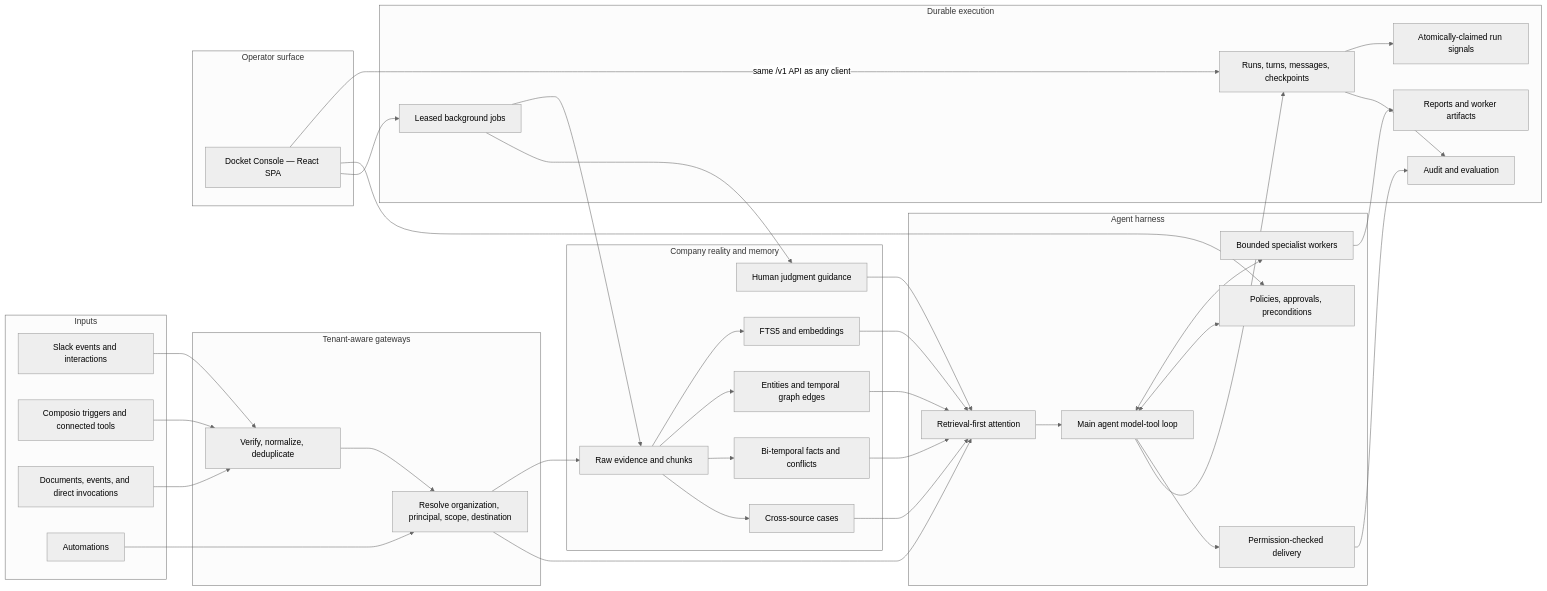
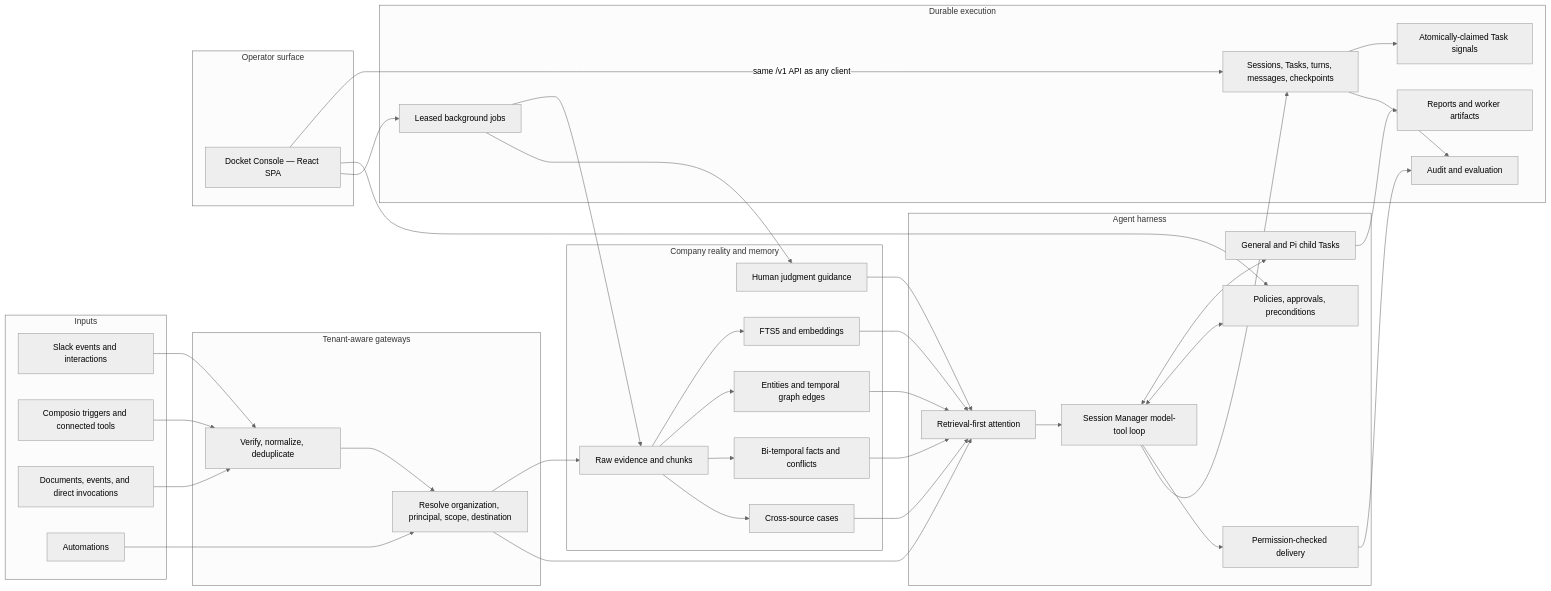
The diagram in README.md (AjayK47/fellow), drawn with Mermaid (neutral theme) before and after one commit. The commit also changed other lines of this file and 139 other files, not shown here.

Commit message:
Complete Session Manager and Task architecture

````diff
--- a/README.md
+++ b/README.md
@@ -20,75 +20,75 @@
 ```mermaid
 flowchart LR
     subgraph Inputs
         Slack["Slack events and interactions"]
         Composio["Composio triggers and connected tools"]
         API["Documents, events, and direct invocations"]
         Schedule["Automations"]
     end
 
     subgraph Gateway["Tenant-aware gateways"]
         Verify["Verify, normalize, deduplicate"]
         Route["Resolve organization, principal, scope, destination"]
     end
 
     subgraph Knowledge["Company reality and memory"]
         Evidence["Raw evidence and chunks"]
         Vectors["FTS5 and embeddings"]
         Graph["Entities and temporal graph edges"]
         Facts["Bi-temporal facts and conflicts"]
         Cases["Cross-source cases"]
         Judgment["Human judgment guidance"]
     end
 
     subgraph Harness["Agent harness"]
         Attention["Retrieval-first attention"]
-        Main["Main agent model-tool loop"]
-        Specialists["Bounded specialist workers"]
+        Main["Session Manager model-tool loop"]
+        ChildTasks["General and Pi child Tasks"]
         Policy["Policies, approvals, preconditions"]
         Delivery["Permission-checked delivery"]
     end
 
     subgraph Durable["Durable execution"]
-        Runs["Runs, turns, messages, checkpoints"]
-        Signals["Atomically-claimed run signals"]
+        Tasks["Sessions, Tasks, turns, messages, checkpoints"]
+        Signals["Atomically-claimed Task signals"]
         Jobs["Leased background jobs"]
         Artifacts["Reports and worker artifacts"]
         Audit["Audit and evaluation"]
     end
 
     subgraph Operate["Operator surface"]
         Console["Docket Console — React SPA"]
     end
 
-    Console -->|same /v1 API as any client| Runs
+    Console -->|same /v1 API as any client| Tasks
     Console --> Policy
     Console --> Jobs
-    Runs --> Signals
+    Tasks --> Signals
 
     Slack --> Verify
     Composio --> Verify
     API --> Verify
     Schedule --> Route
     Verify --> Route
     Route --> Evidence
     Evidence --> Vectors
     Evidence --> Graph
     Evidence --> Facts
     Evidence --> Cases
     Route --> Attention
     Vectors --> Attention
     Graph --> Attention
     Facts --> Attention
     Cases --> Attention
     Judgment --> Attention
     Attention --> Main
-    Main <--> Specialists
+    Main <--> ChildTasks
     Main <--> Policy
     Main --> Delivery
-    Main --> Runs
-    Specialists --> Artifacts
+    Main --> Tasks
+    ChildTasks --> Artifacts
     Jobs --> Evidence
     Jobs --> Judgment
-    Runs --> Audit
+    Tasks --> Audit
     Delivery --> Audit
 ```
````
